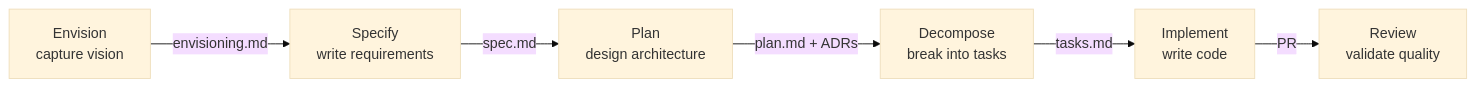
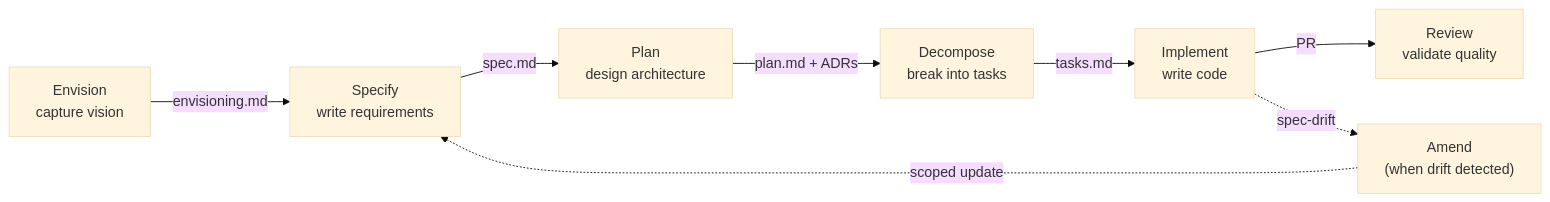
The diagram in docs/src/content/docs/guides/feature-walkthrough.mdx (microsoft/devsquad-copilot), drawn with Mermaid (base theme) before and after one commit. The commit also changed other lines of this file and 19 other files, not shown here.

````diff
--- a/docs/src/content/docs/guides/feature-walkthrough.mdx
+++ b/docs/src/content/docs/guides/feature-walkthrough.mdx
@@ -37,15 +37,18 @@
 ```mermaid
 flowchart LR
   E["Envision<br/>capture vision"]
   S["Specify<br/>write requirements"]
   P["Plan<br/>design architecture"]
   D["Decompose<br/>break into tasks"]
   I["Implement<br/>write code"]
+  A["Amend<br/>(when drift detected)"]
   R["Review<br/>validate quality"]
 
   E -->|"envisioning.md"| S
   S -->|"spec.md"| P
   P -->|"plan.md + ADRs"| D
   D -->|"tasks.md"| I
   I -->|"PR"| R
+  I -.->|"spec-drift"| A
+  A -.->|"scoped update"| S
 ```
````
